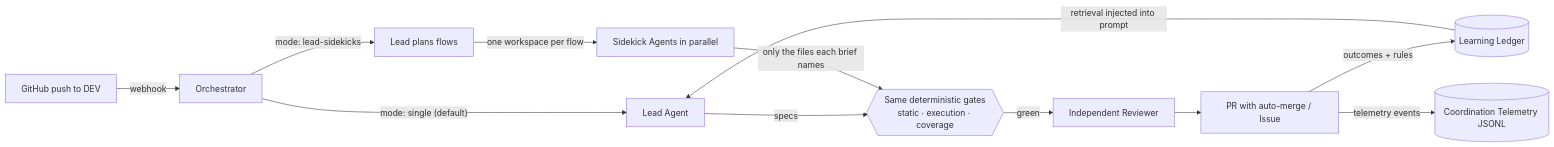
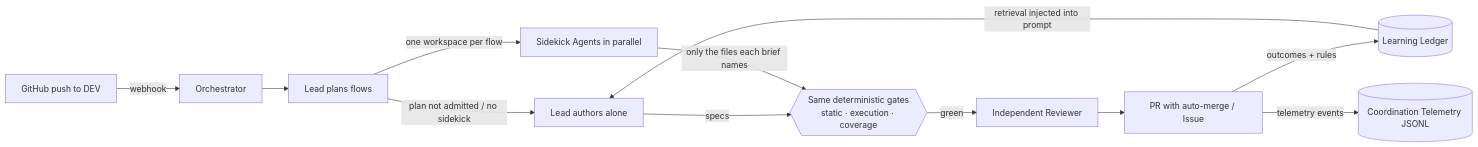
The diagram in README.md (ArielFalcon/QAyaba), drawn with Mermaid before and after one commit. The commit also changed other lines of this file and 47 other files, not shown here.

First line of the commit message:
refactor(coordination)!: make lead and sidekicks the only coordination mode

````diff
--- a/README.md
+++ b/README.md
@@ -70,14 +70,14 @@
 ```mermaid
 flowchart LR
     GH["GitHub push to DEV"] -->|webhook| O[Orchestrator]
-    O -->|"mode: single (default)"| LEAD[Lead Agent]
-    O -->|"mode: lead-sidekicks"| PL[Lead plans flows]
+    O --> PL[Lead plans flows]
+    PL -->|"plan not admitted / no sidekick"| LEAD[Lead authors alone]
     PL -->|"one workspace per flow"| SK[Sidekick Agents in parallel]
     LEAD -->|specs| V{{"Same deterministic gates\nstatic · execution · coverage"}}
     SK -->|"only the files each brief names"| V
     V -->|green| RV[Independent Reviewer]
     RV --> DEC[PR with auto-merge / Issue]
     DEC -->|outcomes + rules| LD[(Learning Ledger)]
     DEC -->|telemetry events| TL[(Coordination Telemetry JSONL)]
     LD -->|retrieval injected into prompt| LEAD
 ```
````
